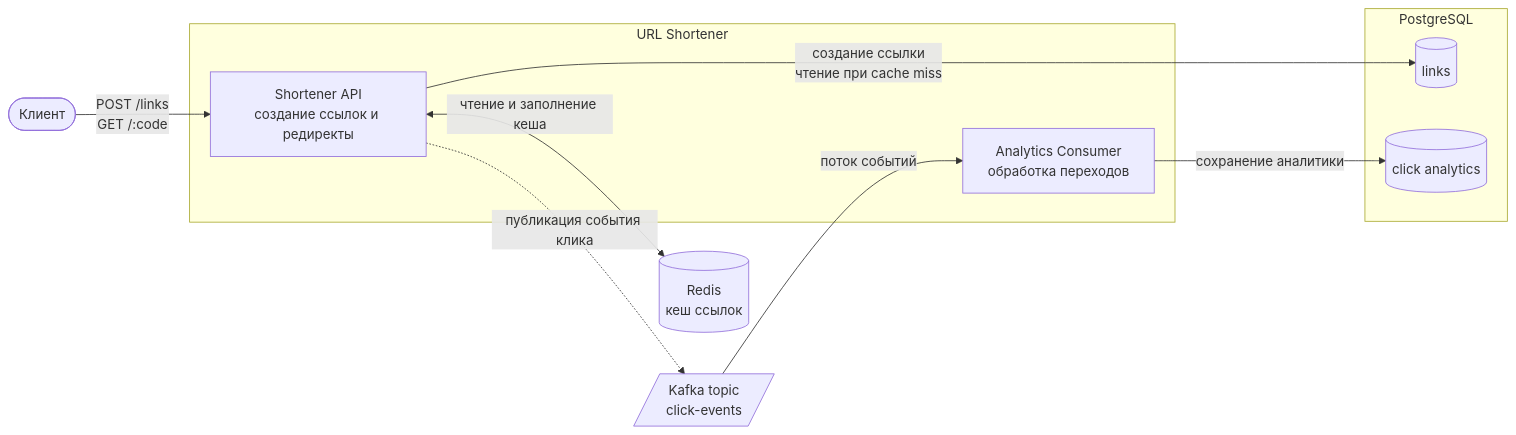
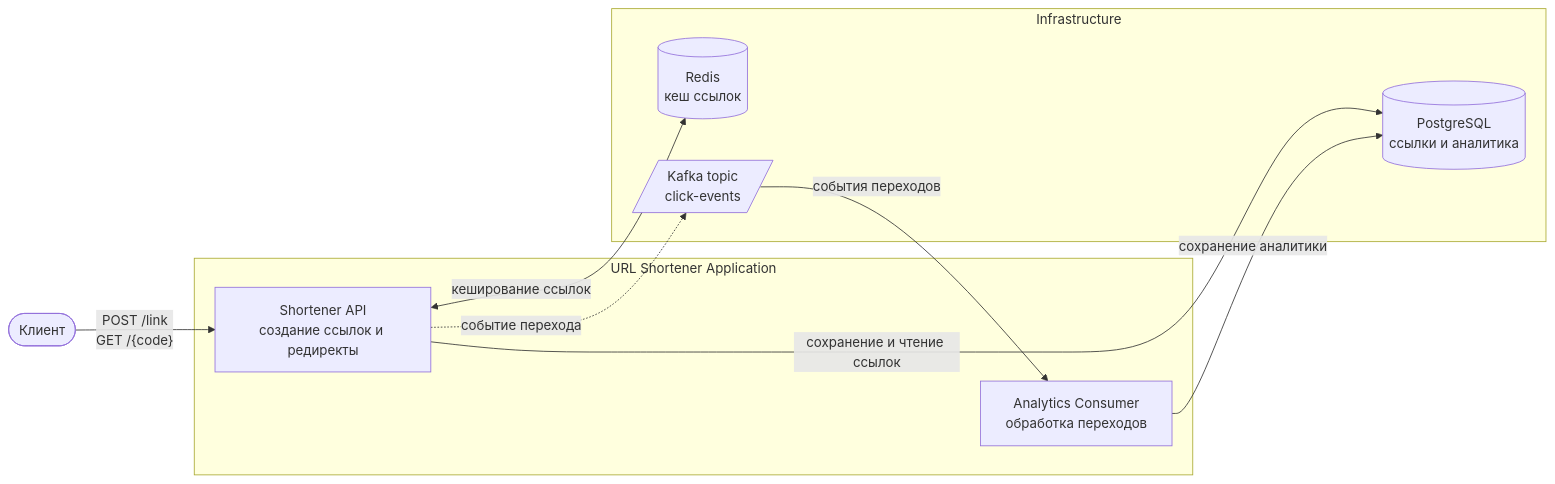
One commit to vladislav-koval/url-shortener changed the diagram in README.md. Above: the diagram before and after it, drawn with Mermaid.

Commit message:
update diagram

````diff
--- a/README.md
+++ b/README.md
@@ -33,26 +33,24 @@
 ```mermaid
 flowchart LR
     Client([Клиент])
 
-    subgraph Application["URL Shortener"]
+    subgraph Application["URL Shortener Application"]
         Shortener["Shortener API<br/>создание ссылок и редиректы"]
         Consumer["Analytics Consumer<br/>обработка переходов"]
     end
 
-    Redis[("Redis<br/>кеш ссылок")]
-    Kafka[/"Kafka topic<br/>click-events"/]
-
-    subgraph Postgres["PostgreSQL"]
-        Links[("links")]
-        Clicks[("click analytics")]
+    subgraph Infrastructure["Infrastructure"]
+        Redis[("Redis<br/>кеш ссылок")]
+        Kafka[/"Kafka topic<br/>click-events"/]
+        Postgres[("PostgreSQL<br/>ссылки и аналитика")]
     end
 
-    Client -->|"POST /links<br/>GET /:code"| Shortener
+    Client -->|"POST /link<br/>GET /{code}"| Shortener
 
-    Shortener -->|"создание ссылки<br/>чтение при cache miss"| Links
-    Shortener <-->|"чтение и заполнение кеша"| Redis
+    Shortener <-->|"кеширование ссылок"| Redis
+    Shortener -->|"сохранение и чтение ссылок"| Postgres
 
-    Shortener -.->|"публикация события клика"| Kafka
-    Kafka -->|"поток событий"| Consumer
-    Consumer -->|"сохранение аналитики"| Clicks
+    Shortener -.->|"событие перехода"| Kafka
+    Kafka -->|"события переходов"| Consumer
+    Consumer -->|"сохранение аналитики"| Postgres
 ```
````
